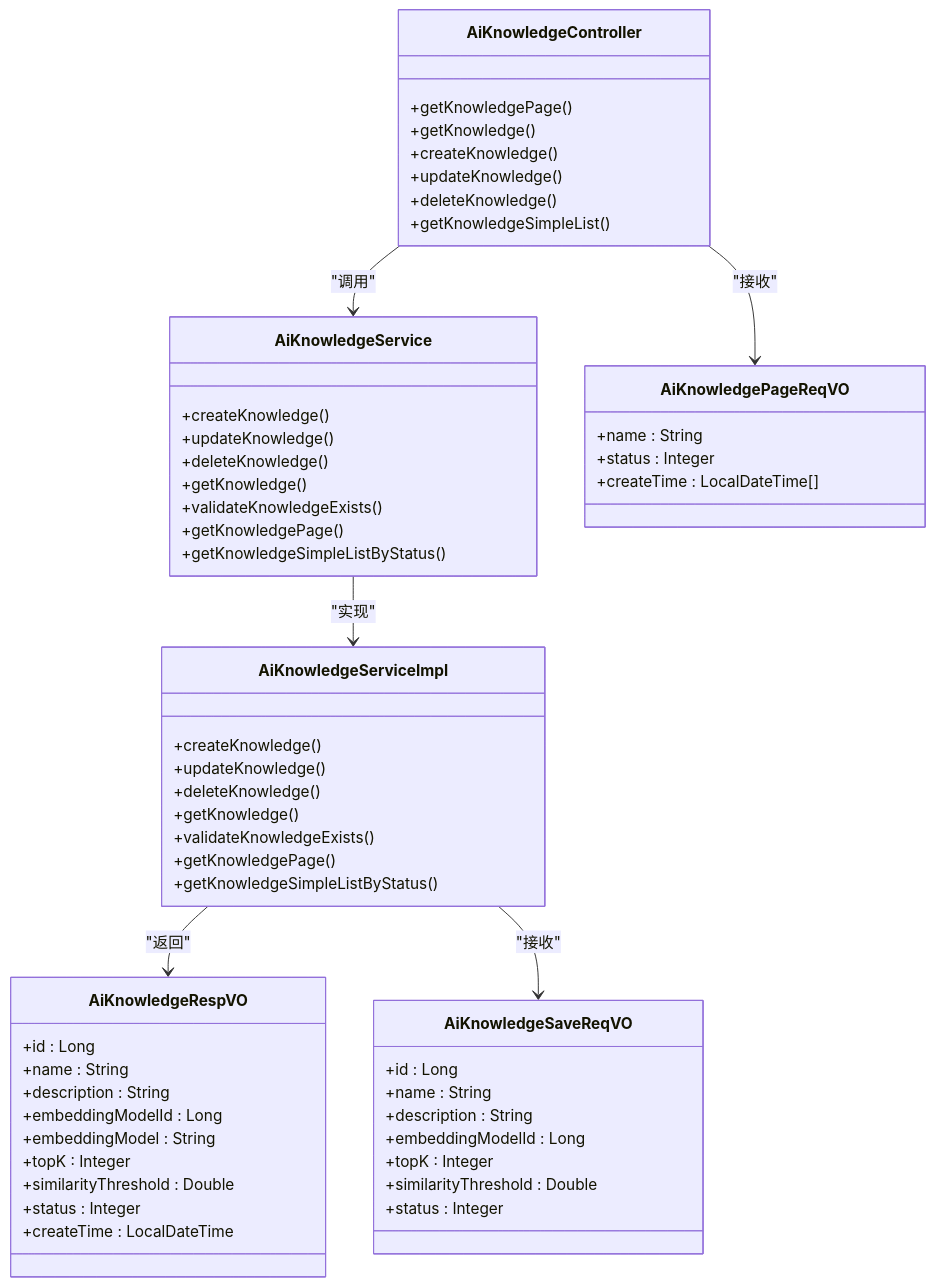
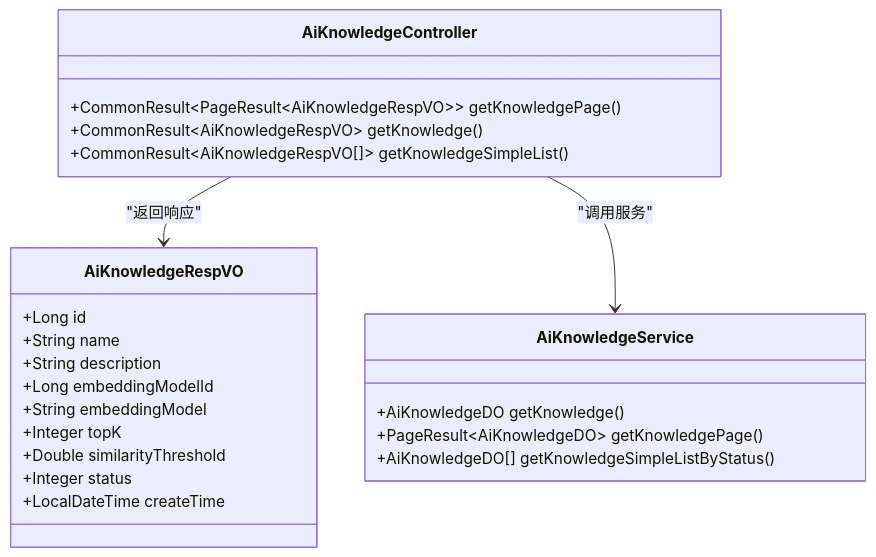
One commit to X555LB/data-ai changed the third of 8 diagrams in .qoder/repowiki/zh/content/知识库管理系统/知识库管理系统.md. Above: the diagram before and after it, drawn with Mermaid. The commit also changed other lines of this file and 9 other files, not shown here.

````diff
--- a/.qoder/repowiki/zh/content/知识库管理系统/知识库管理系统.md
+++ b/.qoder/repowiki/zh/content/知识库管理系统/知识库管理系统.md
@@ -197,59 +171,26 @@
 ```mermaid
 classDiagram
+class AiKnowledgeRespVO {
++Long id
++String name
++String description
++Long embeddingModelId
++String embeddingModel
++Integer topK
++Double similarityThreshold
++Integer status
++LocalDateTime createTime
+}
 class AiKnowledgeController {
-+getKnowledgePage()
-+getKnowledge()
-+createKnowledge()
-+updateKnowledge()
-+deleteKnowledge()
-+getKnowledgeSimpleList()
++CommonResult~PageResult~AiKnowledgeRespVO~~ getKnowledgePage()
++CommonResult~AiKnowledgeRespVO~ getKnowledge()
++CommonResult~AiKnowledgeRespVO[]~ getKnowledgeSimpleList()
 }
 class AiKnowledgeService {
-+createKnowledge()
-+updateKnowledge()
-+deleteKnowledge()
-+getKnowledge()
-+validateKnowledgeExists()
-+getKnowledgePage()
-+getKnowledgeSimpleListByStatus()
++AiKnowledgeDO getKnowledge()
++PageResult~AiKnowledgeDO~ getKnowledgePage()
++AiKnowledgeDO[] getKnowledgeSimpleListByStatus()
 }
-class AiKnowledgeServiceImpl {
-+createKnowledge()
-+updateKnowledge()
-+deleteKnowledge()
-+getKnowledge()
-+validateKnowledgeExists()
-+getKnowledgePage()
-+getKnowledgeSimpleListByStatus()
-}
-class AiKnowledgeRespVO {
-+id : Long
-+name : String
-+description : String
-+embeddingModelId : Long
-+embeddingModel : String
-+topK : Integer
-+similarityThreshold : Double
-+status : Integer
-+createTime : LocalDateTime
-}
-class AiKnowledgeSaveReqVO {
-+id : Long
-+name : String
-+description : String
-+embeddingModelId : Long
-+topK : Integer
-+similarityThreshold : Double
-+status : Integer
-}
-class AiKnowledgePageReqVO {
-+name : String
-+status : Integer
-+createTime : LocalDateTime[]
-}
-AiKnowledgeController --> AiKnowledgeService : "调用"
-AiKnowledgeService --> AiKnowledgeServiceImpl : "实现"
-AiKnowledgeServiceImpl --> AiKnowledgeRespVO : "返回"
-AiKnowledgeServiceImpl --> AiKnowledgeSaveReqVO : "接收"
-AiKnowledgeController --> AiKnowledgePageReqVO : "接收"
+AiKnowledgeController --> AiKnowledgeRespVO : "返回响应"
+AiKnowledgeController --> AiKnowledgeService : "调用服务"
 ```
````
